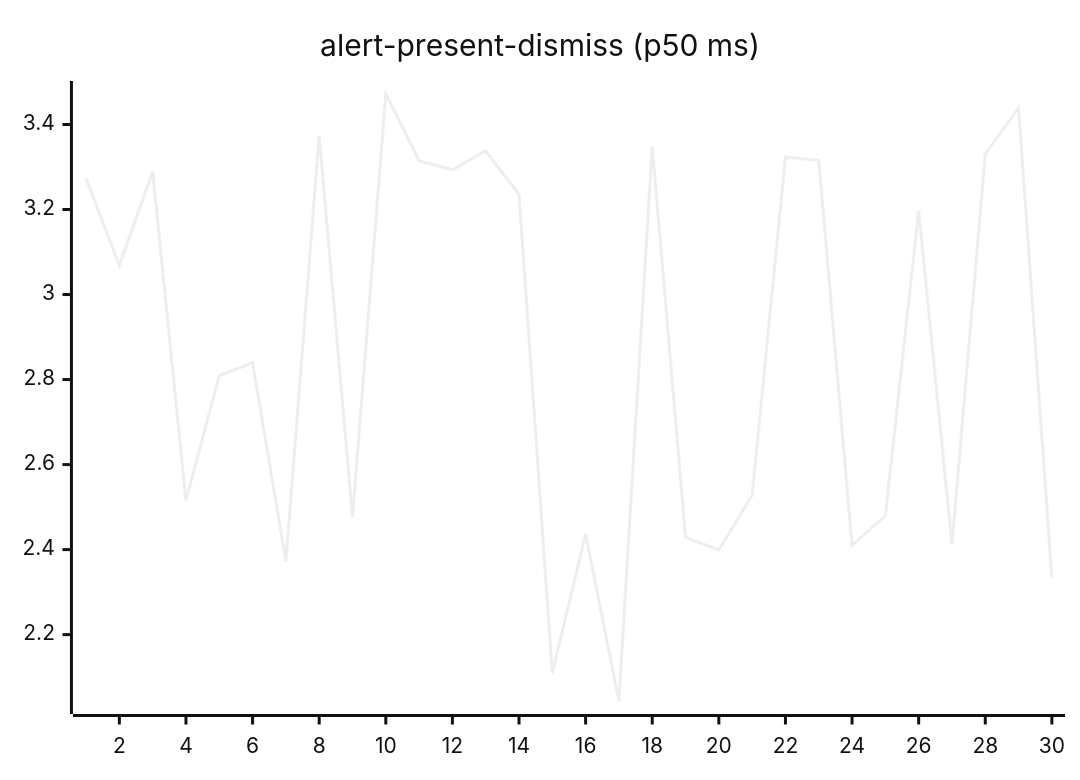
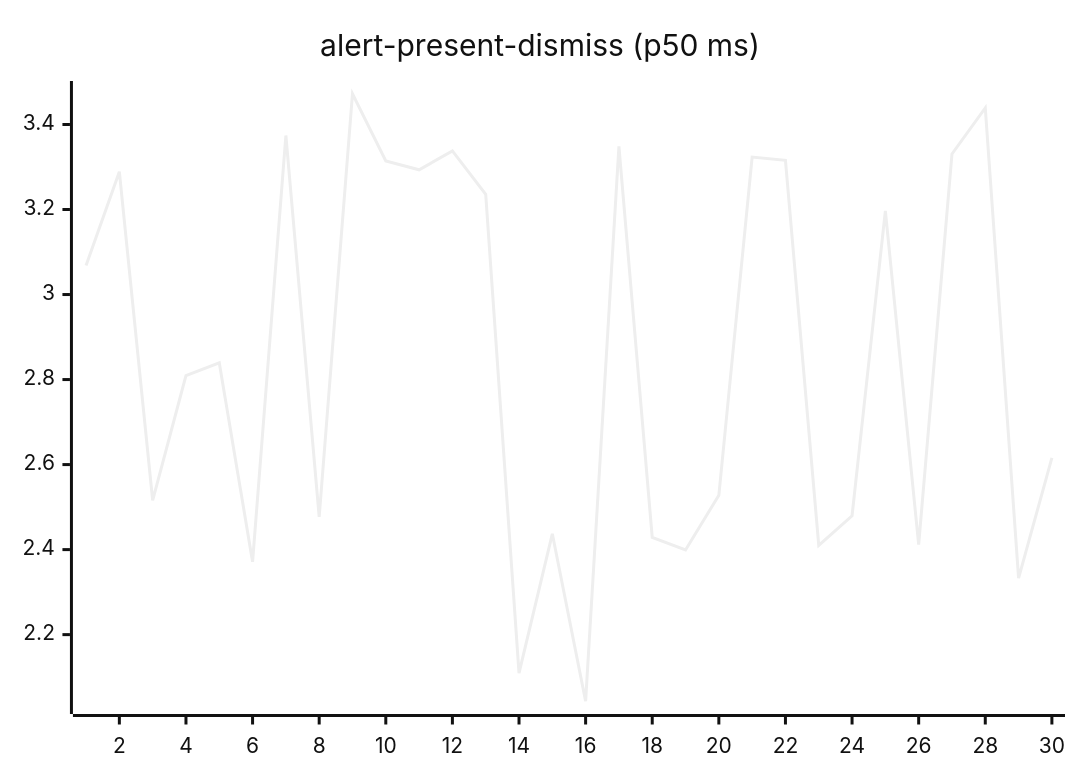
One commit to josha/Facet changed the second of 27 diagrams in README.md. Above: the diagram before and after it, drawn with Mermaid (neutral theme). The commit also changed other lines of this file and 2 other files, not shown here.

````diff
--- a/README.md
+++ b/README.md
@@ -70,6 +70,6 @@
 ```mermaid
 xychart-beta
     title "alert-present-dismiss (p50 ms)"
     x-axis 1 --> 30
-    line [3.2732, 3.0684, 3.2888, 2.5156, 2.8095, 2.8395, 2.3714, 3.3741, 2.4770, 3.4723, 3.3142, 3.2934, 3.3378, 3.2358, 2.1094, 2.4372, 2.0433, 3.3486, 2.4287, 2.3992, 2.5276, 3.3233, 3.3156, 2.4099, 2.4796, 3.1966, 2.4115, 3.3306, 3.4390, 2.3331]
+    line [3.0684, 3.2888, 2.5156, 2.8095, 2.8395, 2.3714, 3.3741, 2.4770, 3.4723, 3.3142, 3.2934, 3.3378, 3.2358, 2.1094, 2.4372, 2.0433, 3.3486, 2.4287, 2.3992, 2.5276, 3.3233, 3.3156, 2.4099, 2.4796, 3.1966, 2.4115, 3.3306, 3.4390, 2.3331, 2.6158]
 ```
````
